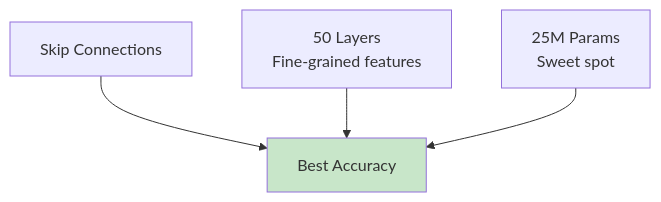
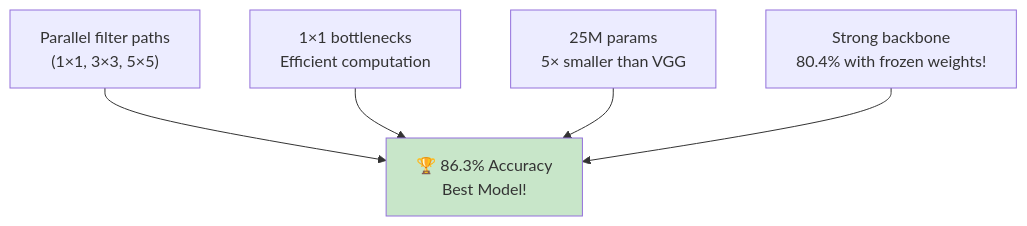
Before and after one commit to hadarwayn/L41-Which-dog-are-you-: diagram 21 of 31 in README.md, drawn with Mermaid. The commit also changed other lines of this file, not shown here.

First line of the commit message:
docs(readme): Update with Inception results — 86.3% accuracy (best model!)

````diff
--- a/README.md
+++ b/README.md
@@ -484,8 +502,9 @@
 ```mermaid
 flowchart TD
-    A["Skip Connections"] --> D["Best Accuracy"]
-    B["50 Layers<br/>Fine-grained features"] --> D
-    C["25M Params<br/>Sweet spot"] --> D
+    A["Parallel filter paths<br/>(1×1, 3×3, 5×5)"] --> D["🏆 86.3% Accuracy<br/>Best Model!"]
+    B["1×1 bottlenecks<br/>Efficient computation"] --> D
+    C["25M params<br/>5× smaller than VGG"] --> D
+    E["Strong backbone<br/>80.4% with frozen weights!"] --> D
 
     style D fill:#c8e6c9
 ```
````
